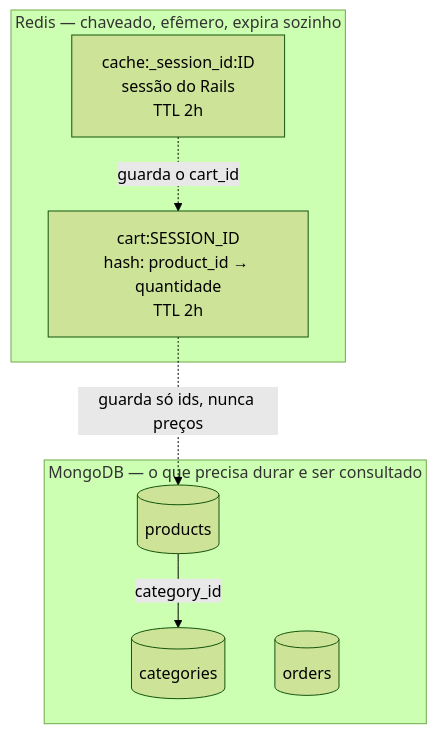
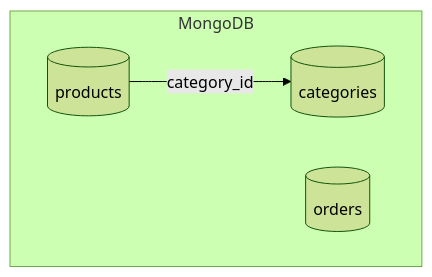
The third of 3 diagrams in docs/modelagem.md (DaviSFS21/e-commerce), drawn with Mermaid (forest theme) before and after one commit. The commit also changed other lines of this file and 2 other files, not shown here.

Commit message:
docs: drop images and redis from documentation

````diff
--- a/docs/modelagem.md
+++ b/docs/modelagem.md
@@ -162,17 +151,9 @@
 ```mermaid
 flowchart TB
-    subgraph MONGO["MongoDB — o que precisa durar e ser consultado"]
+    subgraph MONGO["MongoDB"]
         C[("categories")]
         P[("products")]
         O[("orders")]
         P -->|category_id| C
     end
-
-    subgraph REDIS["Redis — chaveado, efêmero, expira sozinho"]
-        K["cart:SESSION_ID<br/>hash: product_id → quantidade<br/>TTL 2h"]
-        S["cache:_session_id:ID<br/>sessão do Rails<br/>TTL 2h"]
-    end
-
-    K -.->|guarda só ids, nunca preços| P
-    S -.->|guarda o cart_id| K
 ```
````
